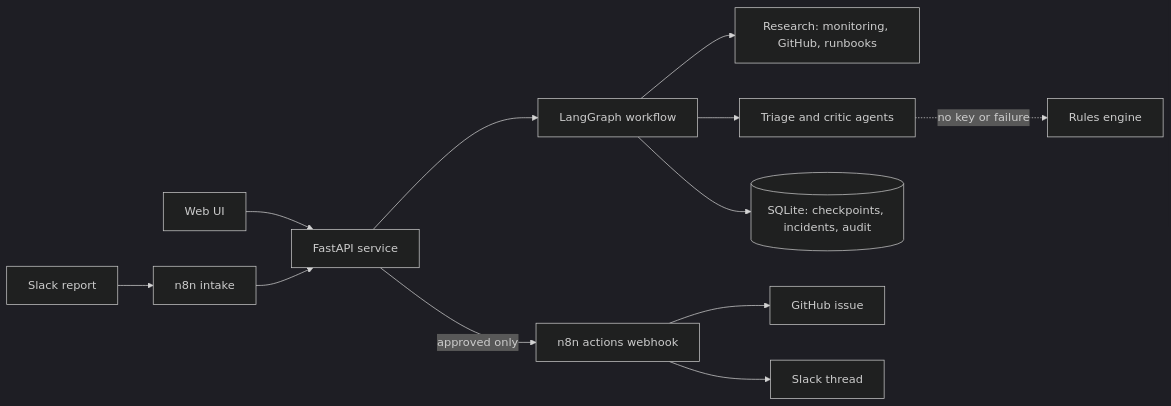
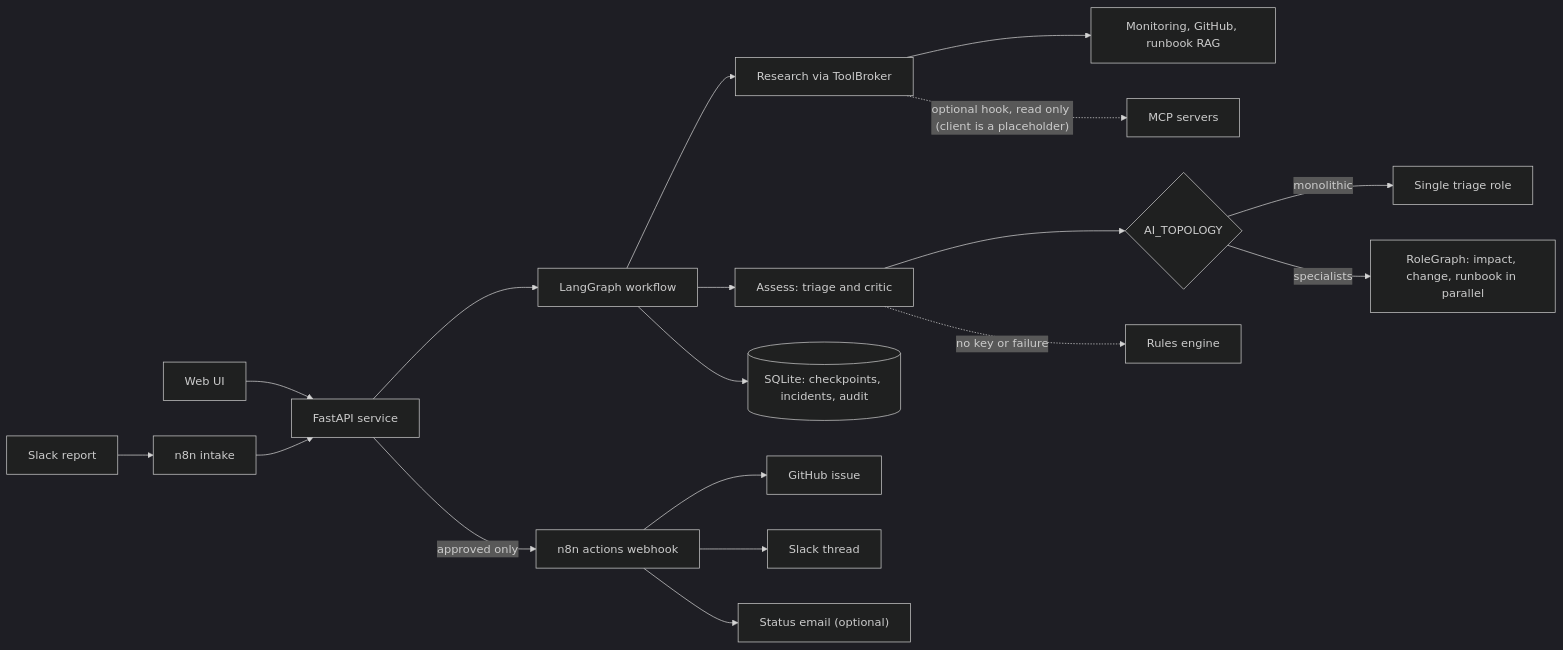
The first of 2 diagrams in README.md (ft-kumarsatyam/incidentops-copilot), drawn with Mermaid (dark theme) before and after one commit. The commit also changed other lines of this file and 53 other files, not shown here.

First line of the commit message:
feat: enhance configuration and documentation for AI topology and MCP integration

````diff
--- a/README.md
+++ b/README.md
@@ -69,14 +145,20 @@
 ```mermaid
 flowchart LR
   Slack["Slack report"] --> N8nIn["n8n intake"]
   Web["Web UI"] --> API
   N8nIn --> API["FastAPI service"]
   API --> Graph["LangGraph workflow"]
-  Graph --> Research["Research: monitoring, GitHub, runbooks"]
-  Graph --> AI["Triage and critic agents"]
-  AI -. "no key or failure" .-> Rules["Rules engine"]
+  Graph --> Research["Research via ToolBroker"]
+  Research --> Evidence["Monitoring, GitHub, runbook RAG"]
+  Research -. "optional hook, read only (client is a placeholder)" .-> MCP["MCP servers"]
+  Graph --> Assess["Assess: triage and critic"]
+  Assess --> Topology{"AI_TOPOLOGY"}
+  Topology -->|monolithic| Single["Single triage role"]
+  Topology -->|specialists| Roles["RoleGraph: impact, change, runbook in parallel"]
+  Assess -. "no key or failure" .-> Rules["Rules engine"]
   Graph --> DB[("SQLite: checkpoints, incidents, audit")]
   API -- "approved only" --> N8nOut["n8n actions webhook"]
   N8nOut --> GitHub["GitHub issue"]
   N8nOut --> SlackOut["Slack thread"]
+  N8nOut --> Email["Status email (optional)"]
 ```
````
